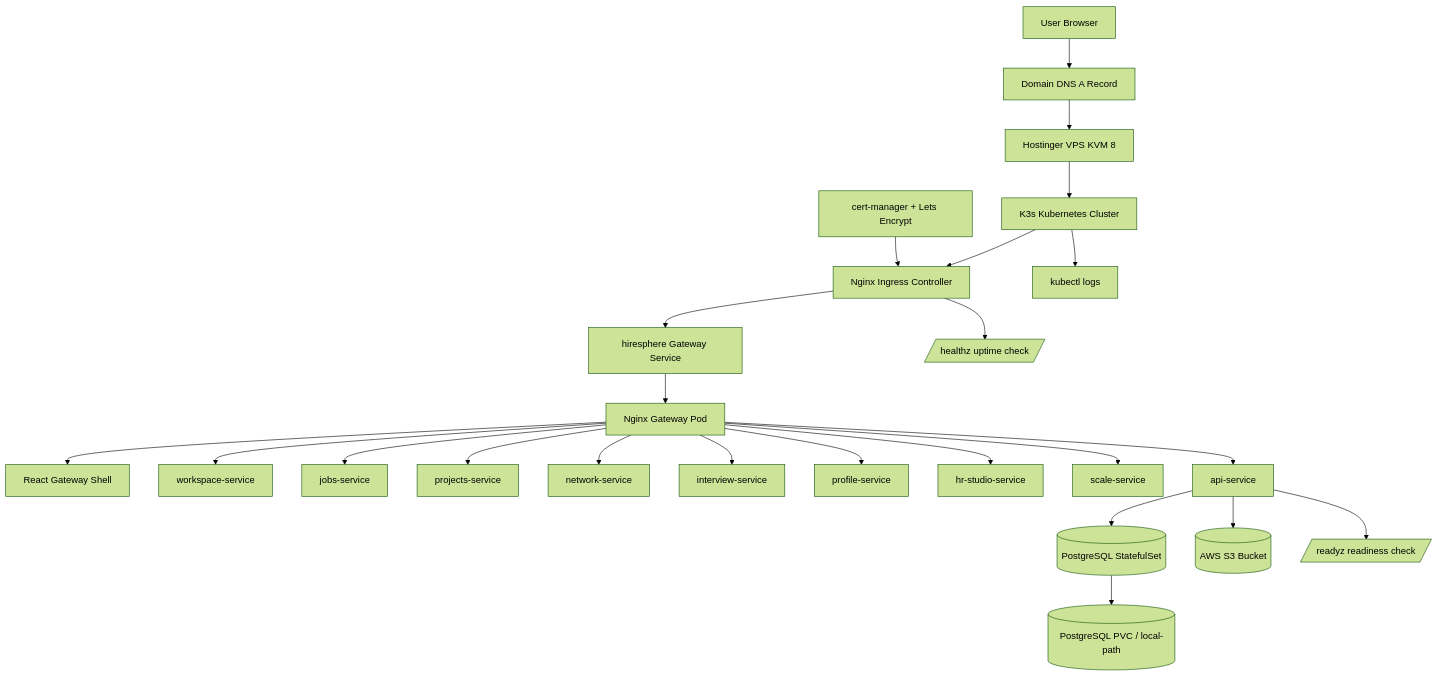
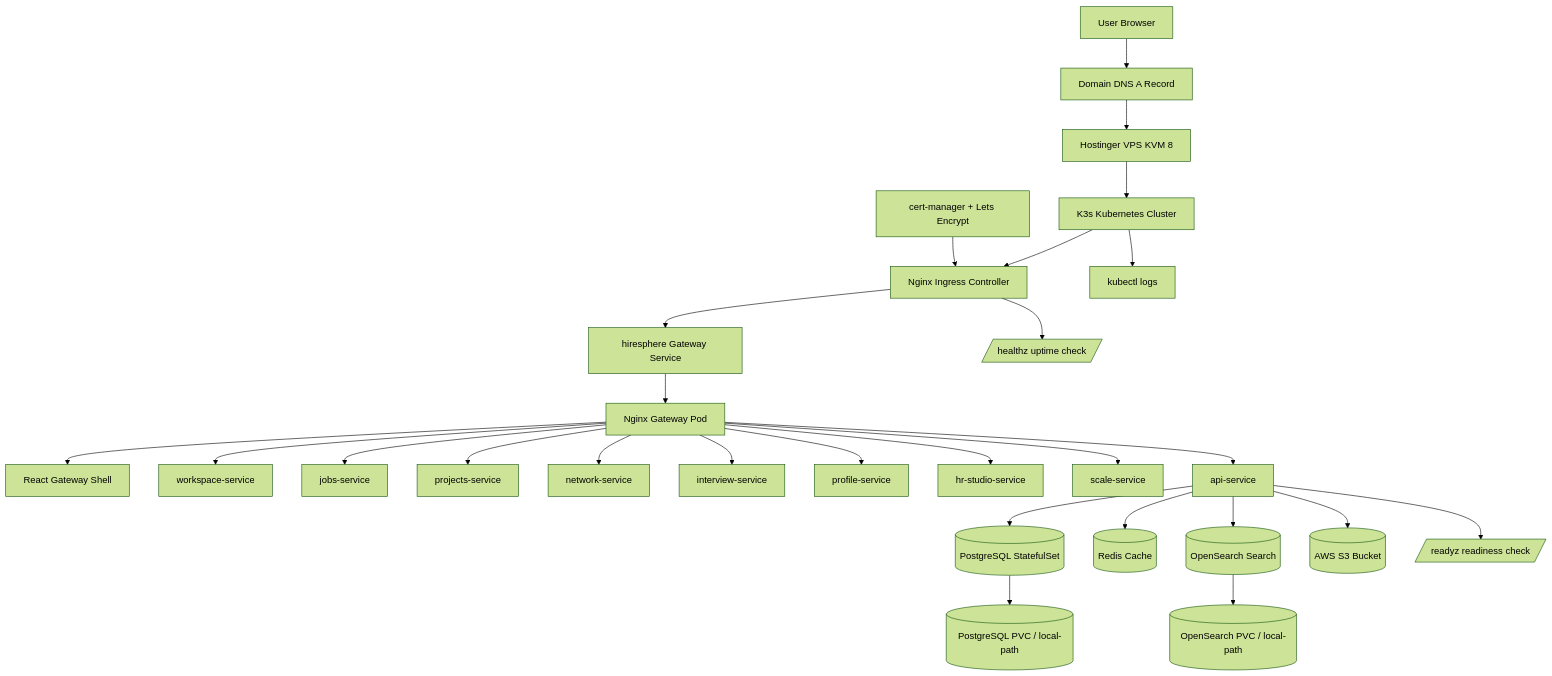
The first of 7 diagrams in FLOWCHART.md (rahultiple31/CareerHub), drawn with Mermaid (forest theme) before and after one commit. The commit also changed other lines of this file and 16 other files, not shown here.

Commit message:
Add Redis and OpenSearch deployment support

````diff
--- a/FLOWCHART.md
+++ b/FLOWCHART.md
@@ -18,29 +20,32 @@
 ```mermaid
 flowchart TD
   User[User Browser] --> DNS[Domain DNS A Record]
   DNS --> VPS[Hostinger VPS KVM 8]
   VPS --> K3s[K3s Kubernetes Cluster]
   K3s --> Ingress[Nginx Ingress Controller]
   Cert[cert-manager + Lets Encrypt] --> Ingress
   Ingress --> GatewaySvc[hiresphere Gateway Service]
   GatewaySvc --> GatewayPod[Nginx Gateway Pod]
 
   GatewayPod --> Root[React Gateway Shell]
   GatewayPod --> Workspace[workspace-service]
   GatewayPod --> Jobs[jobs-service]
   GatewayPod --> Projects[projects-service]
   GatewayPod --> Network[network-service]
   GatewayPod --> Interview[interview-service]
   GatewayPod --> Profile[profile-service]
   GatewayPod --> HR[hr-studio-service]
   GatewayPod --> Scale[scale-service]
   GatewayPod --> API[api-service]
 
   API --> PG[(PostgreSQL StatefulSet)]
   PG --> PVC[(PostgreSQL PVC / local-path)]
+  API --> Redis[(Redis Cache)]
+  API --> Search[(OpenSearch Search)]
+  Search --> SearchPVC[(OpenSearch PVC / local-path)]
   API --> S3[(AWS S3 Bucket)]
 
   Ingress --> Health[/healthz uptime check/]
   API --> Ready[/readyz readiness check/]
   K3s --> Logs[kubectl logs]
 ```
````
